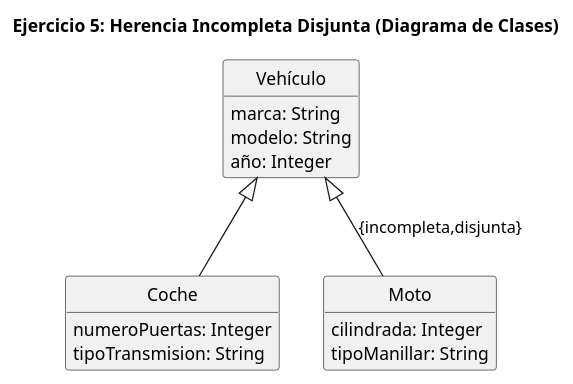
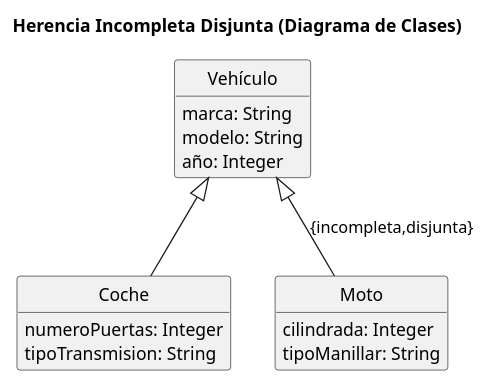
Before and after one commit to IISSI-US/web: the seventh of 9 diagrams in _diagrams/mc2mr/diagramas.puml, drawn with PlantUML. The commit also changed other lines of this file and 59 other files, not shown here.

```diff
--- a/_diagrams/mc2mr/diagramas.puml
+++ b/_diagrams/mc2mr/diagramas.puml
@@ -115,27 +173,25 @@
-@startuml ejercicio-05-herencia-incompleta-disjunta-clases
-title Ejercicio 5: Herencia Incompleta Disjunta (Diagrama de Clases)
+@startuml herencia-incompleta-disjunta-clases
+title Herencia Incompleta Disjunta (Diagrama de Clases)
 
 hide empty members
 hide circle
 
 class Vehículo {
   marca: String
   modelo: String
   año: Integer
 }
 
 class Coche {
   numeroPuertas: Integer
   tipoTransmision: String
 }
 
 class Moto {
   cilindrada: Integer
   tipoManillar: String
 }
 
 Vehículo <|-- Coche
 Vehículo <|-- Moto : {incompleta,disjunta}
-
-
 @enduml
```
